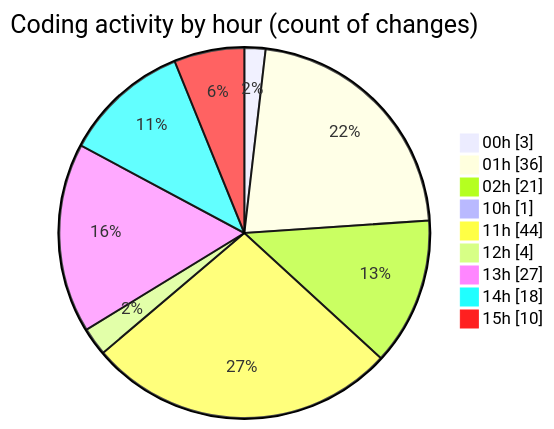
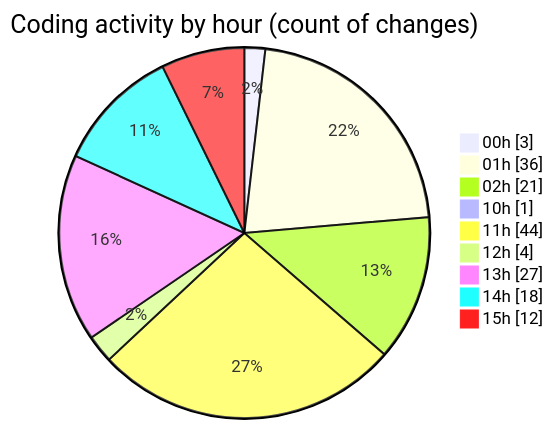
The second of 2 diagrams in 2025-09-05/hiai-phf/README.md (lephambinh05/code-tracking), drawn with Mermaid before and after one commit. The commit also changed other lines of this file and 1 other file, not shown here.

````diff
--- a/2025-09-05/hiai-phf/README.md
+++ b/2025-09-05/hiai-phf/README.md
@@ -85,13 +85,13 @@
 ```mermaid
 pie showData
 title Coding activity by hour (count of changes)
 "00h" : 3
 "01h" : 36
 "02h" : 21
 "10h" : 1
 "11h" : 44
 "12h" : 4
 "13h" : 27
 "14h" : 18
-"15h" : 10
+"15h" : 12
 ```
````
